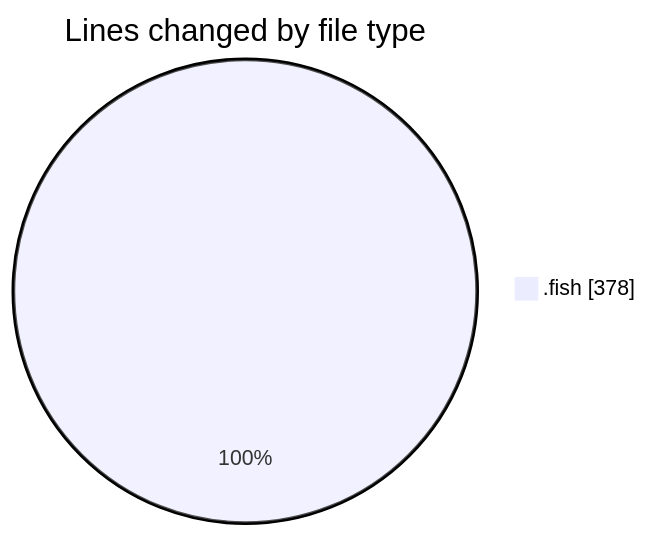
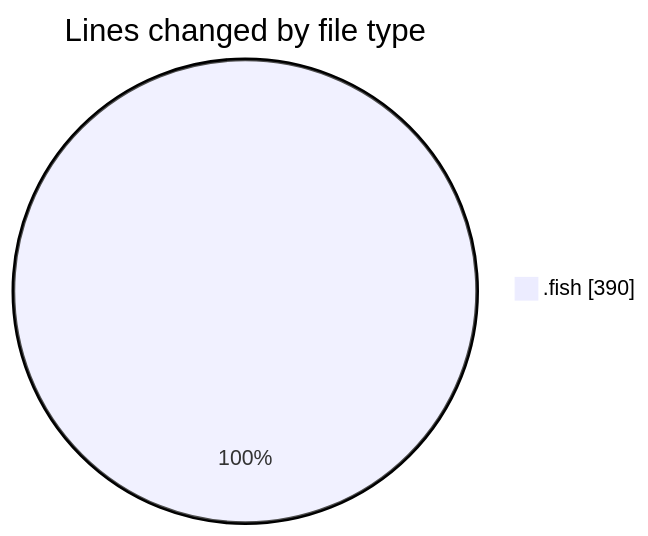
The first of 2 diagrams in 2025-07-22/fish/README.md (EIIisD/code-tracking), drawn with Mermaid before and after one commit. The commit also changed other lines of this file and 1 other file, not shown here.

````diff
--- a/2025-07-22/fish/README.md
+++ b/2025-07-22/fish/README.md
@@ -22,5 +22,5 @@
 ```mermaid
 pie showData
 title Lines changed by file type
-".fish" : 378
+".fish" : 390
 ```
````
